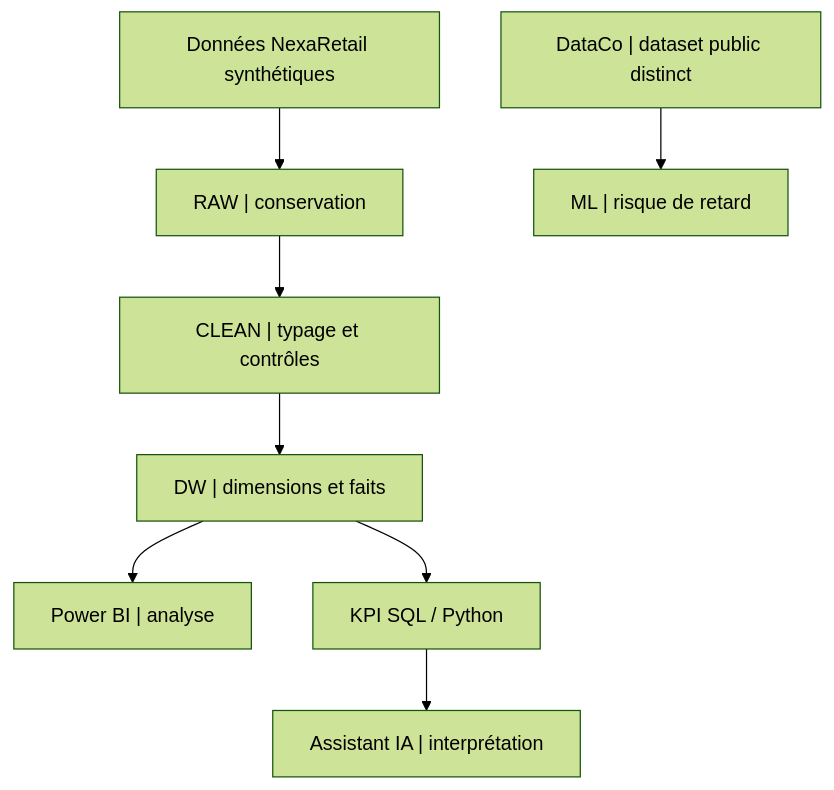
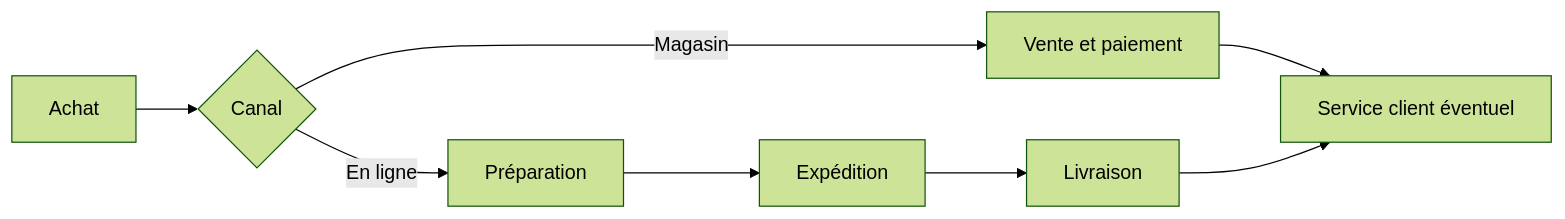
One commit to NacPKZ/ConsultAI-360 changed the second of 2 diagrams in docs/03_processus_metier.md. Above: the diagram before and after it, drawn with Mermaid (forest theme). The commit also changed other lines of this file, not shown here.

Commit message:
docs: replace generic learning callouts with editorial diagrams

````diff
--- a/docs/03_processus_metier.md
+++ b/docs/03_processus_metier.md
@@ -139,10 +62,10 @@
 ```mermaid
-flowchart TD
-    A["Données NexaRetail synthétiques"] --> B["RAW | conservation"]
-    B --> C["CLEAN | typage et contrôles"]
-    C --> D["DW | dimensions et faits"]
-    D --> E["Power BI | analyse"]
-    D --> F["KPI SQL / Python"]
-    F --> G["Assistant IA | interprétation"]
-    H["DataCo | dataset public distinct"] --> I["ML | risque de retard"]
+flowchart LR
+ A["Achat"] --> B{"Canal"}
+ B -->|Magasin| C["Vente et paiement"]
+ B -->|En ligne| D["Préparation"]
+ D --> E["Expédition"]
+ E --> F["Livraison"]
+ C --> G["Service client éventuel"]
+ F --> G
 ```
````
